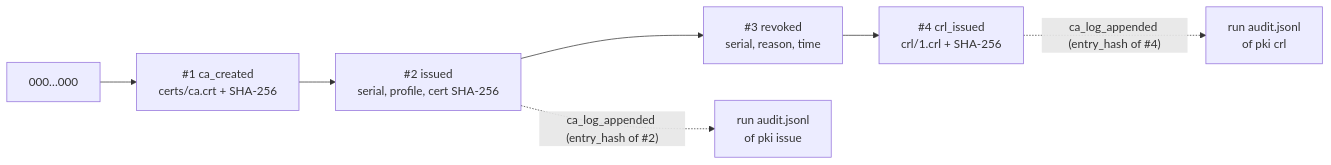
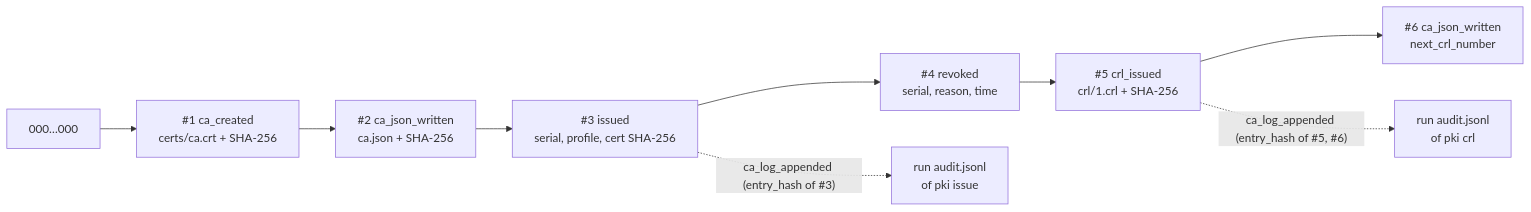
Before and after one commit to Panacota96/rv-certcheck: the fourth of 5 diagrams in docs/forensic-audit.md, drawn with Mermaid. The commit also changed other lines of this file and 8 other files, not shown here.

First line of the commit message:
docs: trust-list status anchors, CERT_CHAIN_INVALID, imprint pairing, CA folder records, pki set, key defaults

````diff
--- a/docs/forensic-audit.md
+++ b/docs/forensic-audit.md
@@ -174,9 +174,11 @@
 ```mermaid
 flowchart LR
     G["000…000"] --> R1["#1 ca_created<br/>certs/ca.crt + SHA-256"]
-    R1 --> R2["#2 issued<br/>serial, profile, cert SHA-256"]
-    R2 --> R3["#3 revoked<br/>serial, reason, time"]
-    R3 --> R4["#4 crl_issued<br/>crl/1.crl + SHA-256"]
-    R2 -. "ca_log_appended (entry_hash of #2)" .-> A["run audit.jsonl<br/>of pki issue"]
-    R4 -. "ca_log_appended (entry_hash of #4)" .-> B["run audit.jsonl<br/>of pki crl"]
+    R1 --> R1b["#2 ca_json_written<br/>ca.json + SHA-256"]
+    R1b --> R2["#3 issued<br/>serial, profile, cert SHA-256"]
+    R2 --> R3["#4 revoked<br/>serial, reason, time"]
+    R3 --> R4["#5 crl_issued<br/>crl/1.crl + SHA-256"]
+    R4 --> R5["#6 ca_json_written<br/>next_crl_number"]
+    R2 -. "ca_log_appended (entry_hash of #3)" .-> A["run audit.jsonl<br/>of pki issue"]
+    R4 -. "ca_log_appended (entry_hash of #5, #6)" .-> B["run audit.jsonl<br/>of pki crl"]
 ```
````
